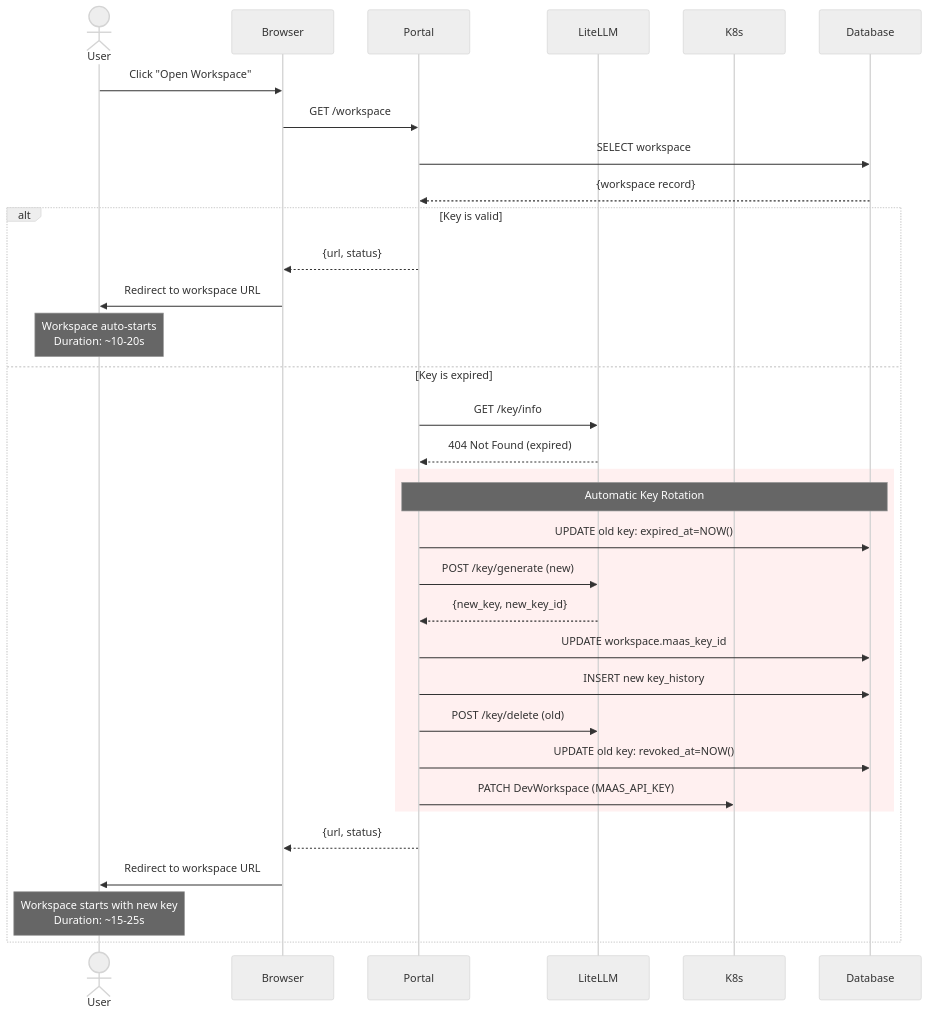
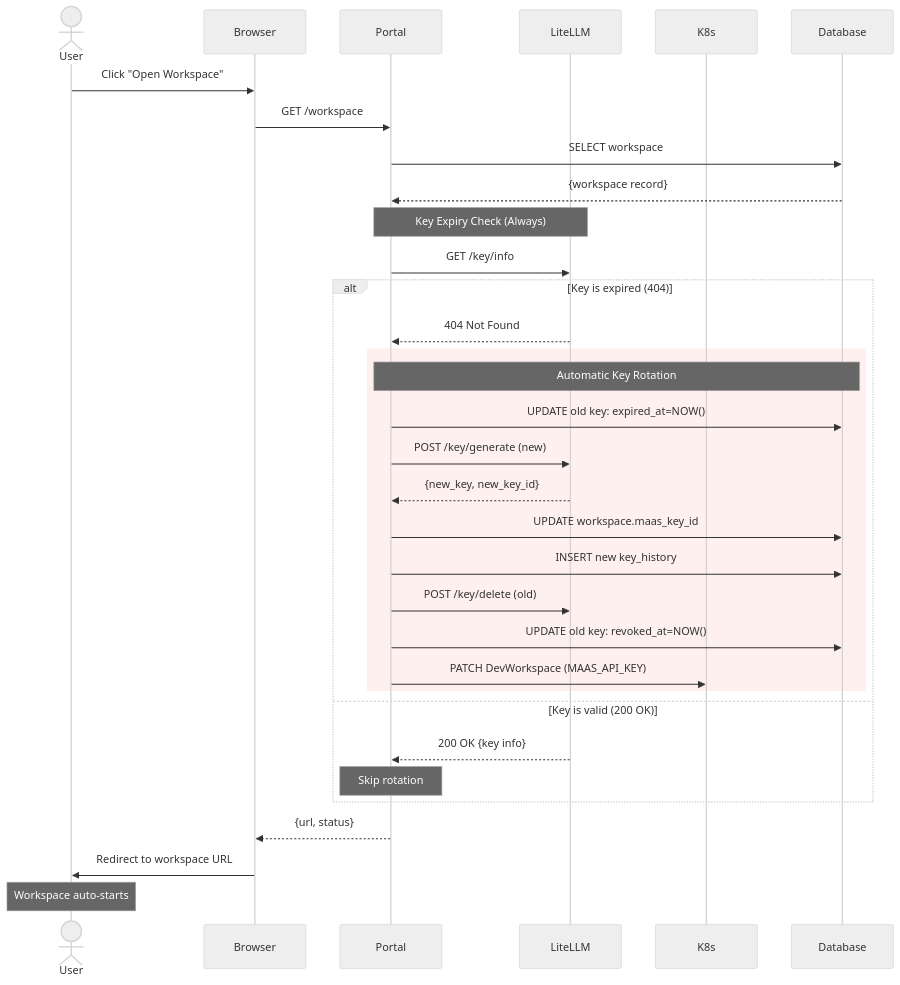
The second of 4 diagrams in docs/superpowers/specs/2026-06-29-devspaces-implementation.md (treddy08/rhdp-publishing-house), drawn with Mermaid (neutral theme) before and after one commit. The commit also changed other lines of this file, not shown here.

Commit message:
Fix Open/Resume workflow - key expiry check always happens
Corrected workflow logic to show key validation happens on EVERY open:

Before (incorrect):
- alt: Key is valid → redirect
- alt: Key is expired → check → rotate

After (correct):
- Always: GET /key/info (expiry check)
- alt: If expired (404) → rotate
- alt: If valid (200) → skip rotation
- Always: redirect to workspace

Key changes:
- Moved key expiry check outside alt block (always happens)
- Note explicitly states "Key Expiry Check (Always)"
- Rotation is now the conditional path, not the check
- Backend logic clarified: validation on every access

This better represents the actual implementation where:
- resume_workspace() ALWAYS calls litellm.validate_key()
- Only rotates if KeyExpired exception is raised
- Never skips validation

````diff
--- a/docs/superpowers/specs/2026-06-29-devspaces-implementation.md
+++ b/docs/superpowers/specs/2026-06-29-devspaces-implementation.md
@@ -1860,39 +1860,40 @@
 ```mermaid
 sequenceDiagram
     actor User
     participant Browser
     participant Portal
     participant LiteLLM
     participant K8s
     participant Database
     
     User->>Browser: Click "Open Workspace"
     Browser->>Portal: GET /workspace
     Portal->>Database: SELECT workspace
     Database-->>Portal: {workspace record}
     
-    alt Key is valid
-        Portal-->>Browser: {url, status}
-        Browser->>User: Redirect to workspace URL
-        Note over User: Workspace auto-starts<br/>Duration: ~10-20s
-    else Key is expired
-        Portal->>LiteLLM: GET /key/info
-        LiteLLM-->>Portal: 404 Not Found (expired)
+    Note over Portal,LiteLLM: Key Expiry Check (Always)
+    Portal->>LiteLLM: GET /key/info
+    
+    alt Key is expired (404)
+        LiteLLM-->>Portal: 404 Not Found
         
         rect rgb(255, 240, 240)
             Note over Portal,Database: Automatic Key Rotation
             Portal->>Database: UPDATE old key: expired_at=NOW()
             Portal->>LiteLLM: POST /key/generate (new)
             LiteLLM-->>Portal: {new_key, new_key_id}
             Portal->>Database: UPDATE workspace.maas_key_id
             Portal->>Database: INSERT new key_history
             Portal->>LiteLLM: POST /key/delete (old)
             Portal->>Database: UPDATE old key: revoked_at=NOW()
             Portal->>K8s: PATCH DevWorkspace (MAAS_API_KEY)
         end
-        
-        Portal-->>Browser: {url, status}
-        Browser->>User: Redirect to workspace URL
-        Note over User: Workspace starts with new key<br/>Duration: ~15-25s
+    else Key is valid (200 OK)
+        LiteLLM-->>Portal: 200 OK {key info}
+        Note over Portal: Skip rotation
     end
+    
+    Portal-->>Browser: {url, status}
+    Browser->>User: Redirect to workspace URL
+    Note over User: Workspace auto-starts
 ```
````
